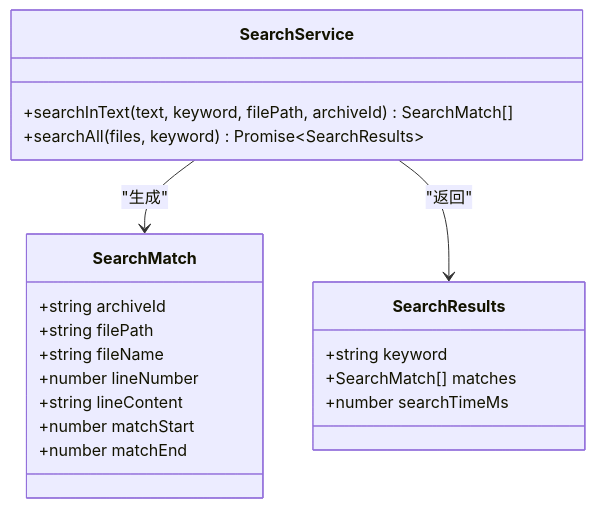
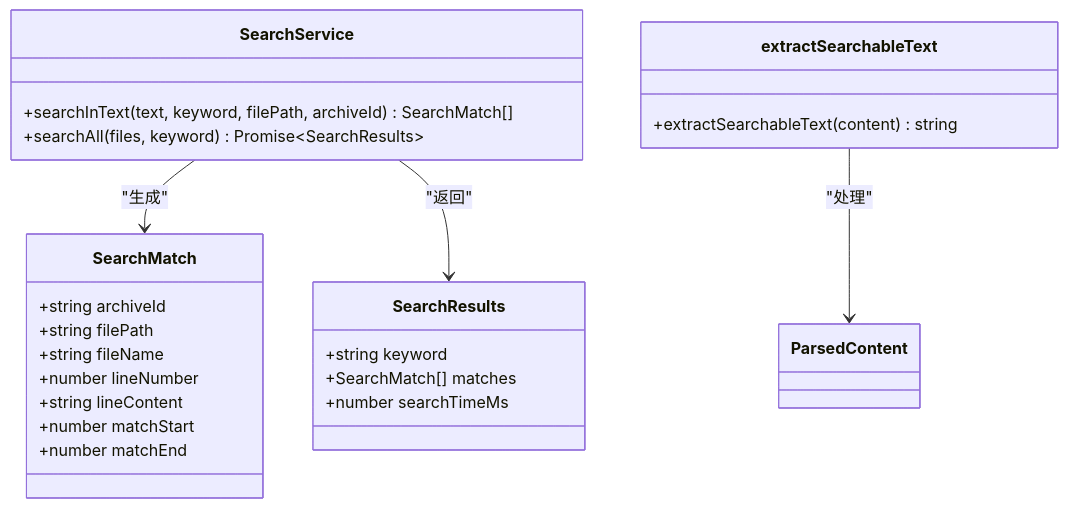
One commit to taoweidong/Hello-Tauri changed the fourth of 6 diagrams in .qoder/repowiki/zh/content/核心模块/搜索服务.md. Above: the diagram before and after it, drawn with Mermaid. The commit also changed other lines of this file and 8 other files, not shown here.

````diff
--- a/.qoder/repowiki/zh/content/核心模块/搜索服务.md
+++ b/.qoder/repowiki/zh/content/核心模块/搜索服务.md
@@ -132,23 +180,27 @@
 ```mermaid
 classDiagram
 class SearchService {
 +searchInText(text, keyword, filePath, archiveId) SearchMatch[]
 +searchAll(files, keyword) Promise~SearchResults~
+}
+class extractSearchableText {
++extractSearchableText(content) string
 }
 class SearchMatch {
 +string archiveId
 +string filePath
 +string fileName
 +number lineNumber
 +string lineContent
 +number matchStart
 +number matchEnd
 }
 class SearchResults {
 +string keyword
 +SearchMatch[] matches
 +number searchTimeMs
 }
 SearchService --> SearchMatch : "生成"
 SearchService --> SearchResults : "返回"
+extractSearchableText --> ParsedContent : "处理"
 ```
````
